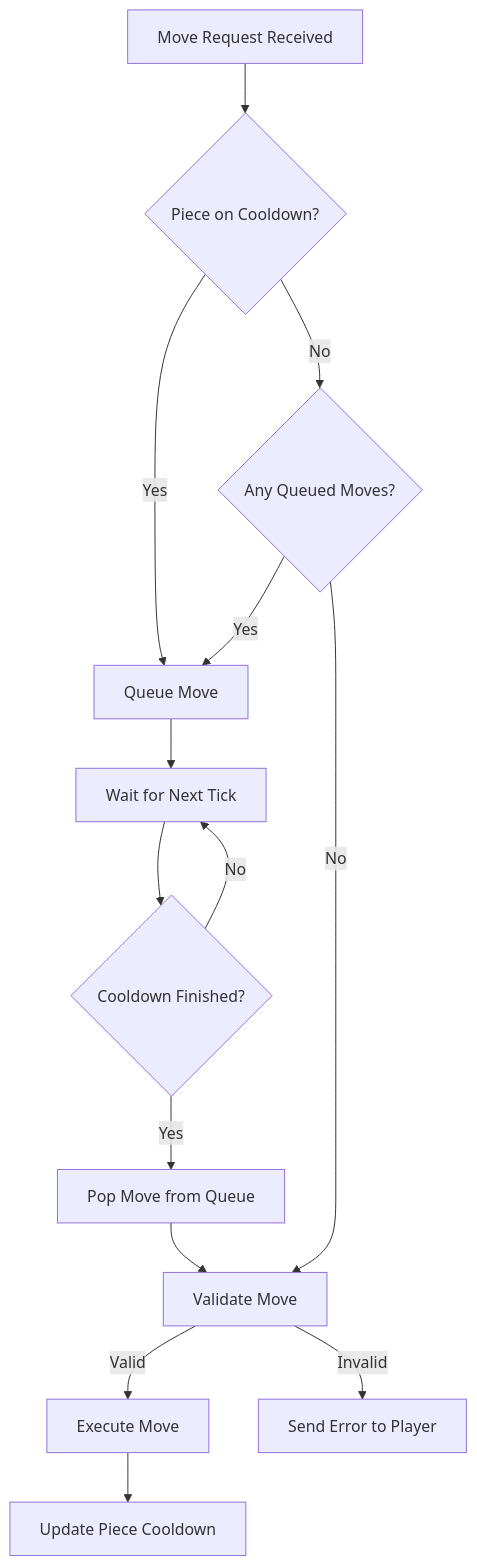
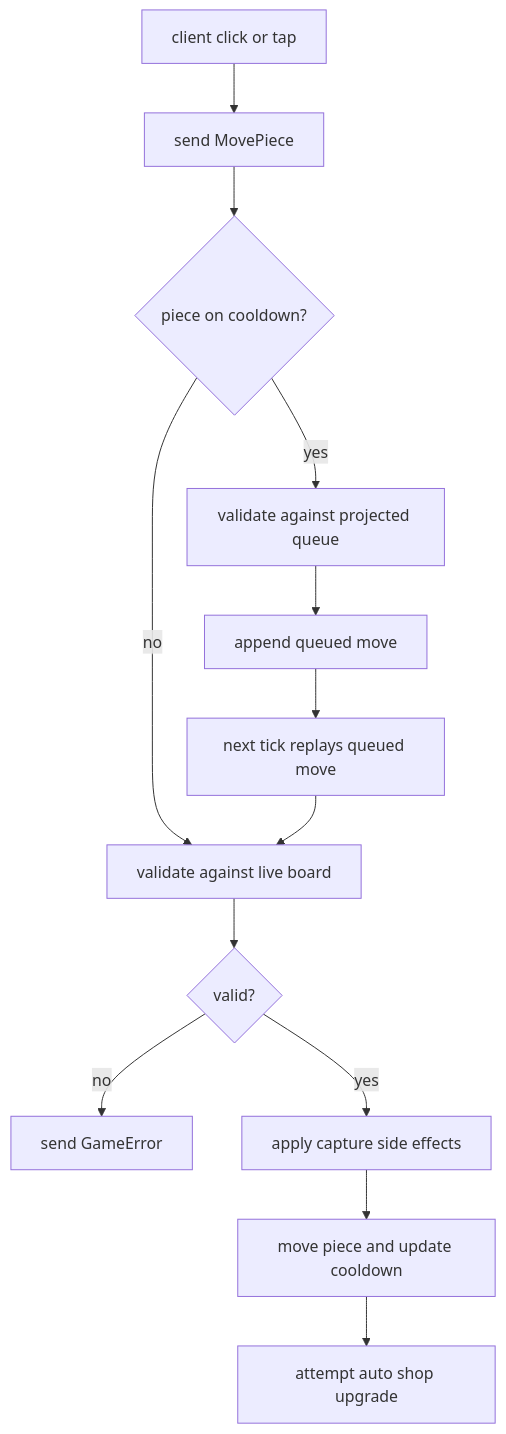
Before and after one commit to libreslop/ffchess: the diagram in docs/logic/movement.md, drawn with Mermaid. The commit also changed other lines of this file and 17 other files, not shown here.

````diff
--- a/docs/logic/movement.md
+++ b/docs/logic/movement.md
@@ -40,16 +98,15 @@
 ```mermaid
-graph TD
-    A[Move Request Received] --> B{Piece on Cooldown?}
-    B -- Yes --> C[Queue Move]
-    B -- No --> D{Any Queued Moves?}
-    D -- Yes --> C
-    D -- No --> E[Validate Move]
-    E -- Valid --> F[Execute Move]
-    E -- Invalid --> G[Send Error to Player]
-    F --> H[Update Piece Cooldown]
-    C --> I[Wait for Next Tick]
-    I --> J{Cooldown Finished?}
-    J -- Yes --> K[Pop Move from Queue]
-    K --> E
-    J -- No --> I
+flowchart TD
+    A[client click or tap] --> B[send MovePiece]
+    B --> C{piece on cooldown?}
+    C -- yes --> D[validate against projected queue]
+    D --> E[append queued move]
+    C -- no --> F[validate against live board]
+    F --> G{valid?}
+    G -- no --> H[send GameError]
+    G -- yes --> I[apply capture side effects]
+    I --> J[move piece and update cooldown]
+    J --> K[attempt auto shop upgrade]
+    E --> L[next tick replays queued move]
+    L --> F
 ```
````
